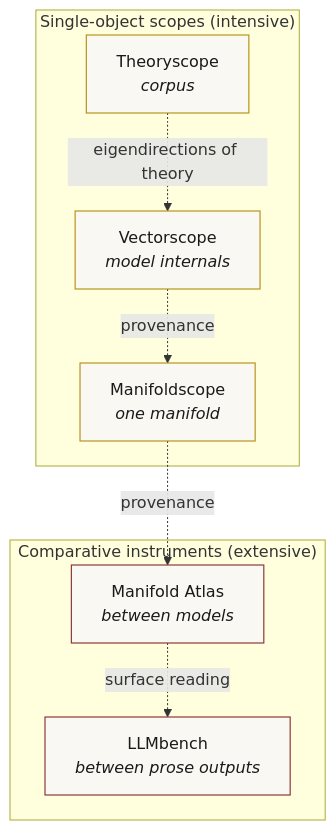
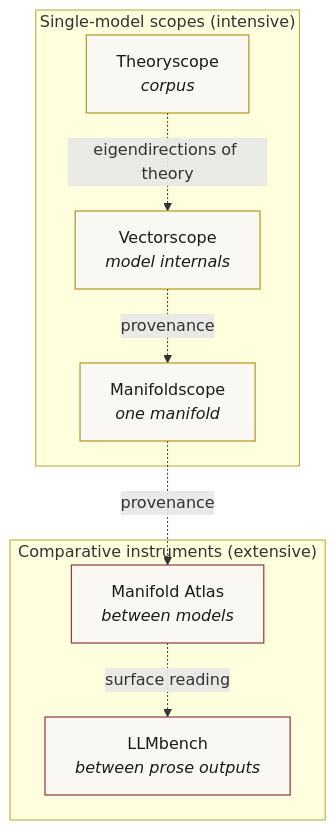
One commit to vector-lab-tools/vector-lab-tools.github.io changed the diagram in index.md. Above: the diagram before and after it, drawn with Mermaid. The commit also changed other lines of this file and 1 other file, not shown here.

Commit message:
Rename Single-object scopes to Single-model scopes

```diff
--- a/index.md
+++ b/index.md
@@ -28,23 +28,23 @@
 <div class="mermaid">
 graph TB
-  subgraph scopes["Single-object scopes (intensive)"]
+  subgraph scopes["Single-model scopes (intensive)"]
     T[Theoryscope<br/><i>corpus</i>]
     V[Vectorscope<br/><i>model internals</i>]
     M[Manifoldscope<br/><i>one manifold</i>]
   end
 
   subgraph comparative["Comparative instruments (extensive)"]
     A[Manifold Atlas<br/><i>between models</i>]
     L[LLMbench<br/><i>between prose outputs</i>]
   end
 
   V -.provenance.-> M
   M -.provenance.-> A
   A -.surface reading.-> L
   T -.eigendirections of theory.-> V
 
   classDef scope fill:#faf8f2,stroke:#b8941e,color:#1a1a1a,stroke-width:1.2px;
   classDef comp fill:#faf8f2,stroke:#8b3a3a,color:#1a1a1a,stroke-width:1.2px;
   class T,V,M scope;
   class A,L comp;
 </div>
```
